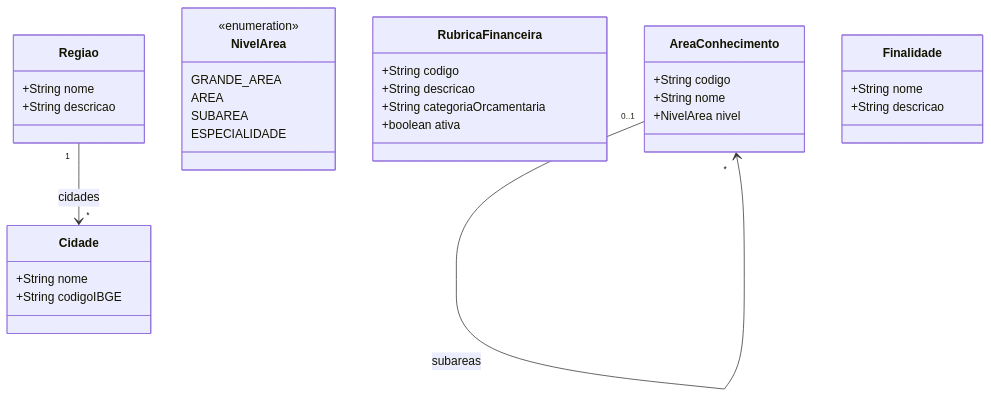
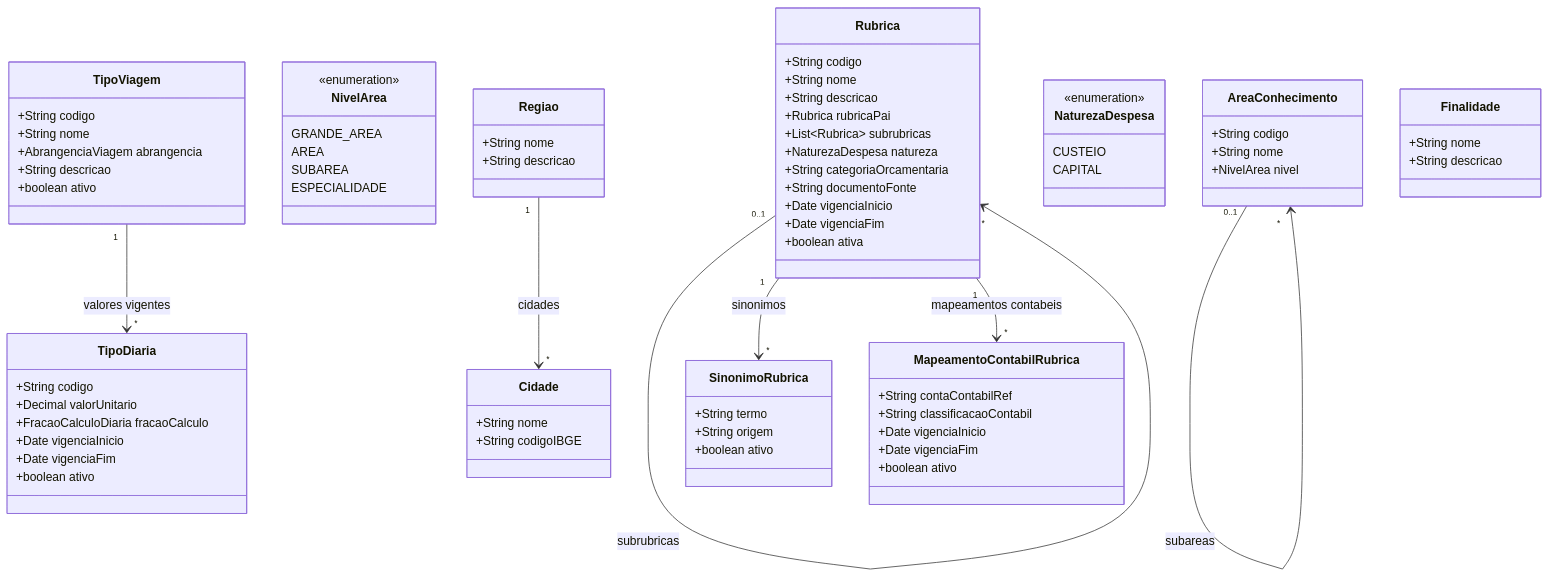
Before and after one commit to Czzped/conecta-fapes-teste: the diagram in docs/implementation/modules/M008-cadastros-corporativos/modelo-estrutural-referencia.md, drawn with Mermaid. The commit also changed other lines of this file and 102 other files, not shown here.

````diff
--- a/docs/implementation/modules/M008-cadastros-corporativos/modelo-estrutural-referencia.md
+++ b/docs/implementation/modules/M008-cadastros-corporativos/modelo-estrutural-referencia.md
@@ -24,11 +37,55 @@
         ESPECIALIDADE
     }
 
-    class RubricaFinanceira {
+    class Rubrica {
         +String codigo
+        +String nome
         +String descricao
+        +Rubrica rubricaPai
+        +List~Rubrica~ subrubricas
+        +NaturezaDespesa natureza
         +String categoriaOrcamentaria
+        +String documentoFonte
+        +Date vigenciaInicio
+        +Date vigenciaFim
         +boolean ativa
+    }
+
+    class TipoViagem {
+        +String codigo
+        +String nome
+        +AbrangenciaViagem abrangencia
+        +String descricao
+        +boolean ativo
+    }
+
+    class TipoDiaria {
+        +String codigo
+        +Decimal valorUnitario
+        +FracaoCalculoDiaria fracaoCalculo
+        +Date vigenciaInicio
+        +Date vigenciaFim
+        +boolean ativo
+    }
+
+    class SinonimoRubrica {
+        +String termo
+        +String origem
+        +boolean ativo
+    }
+
+    class MapeamentoContabilRubrica {
+        +String contaContabilRef
+        +String classificacaoContabil
+        +Date vigenciaInicio
+        +Date vigenciaFim
+        +boolean ativo
+    }
+
+    class NaturezaDespesa {
+        <<enumeration>>
+        CUSTEIO
+        CAPITAL
     }
 
     class Cidade {
@@ -47,5 +104,9 @@
     }
 
     AreaConhecimento "0..1" --> "*" AreaConhecimento : subareas
+    TipoViagem "1" --> "*" TipoDiaria : valores vigentes
+    Rubrica "0..1" --> "*" Rubrica : subrubricas
+    Rubrica "1" --> "*" SinonimoRubrica : sinonimos
+    Rubrica "1" --> "*" MapeamentoContabilRubrica : mapeamentos contabeis
     Regiao "1" --> "*" Cidade : cidades
 ```
````
